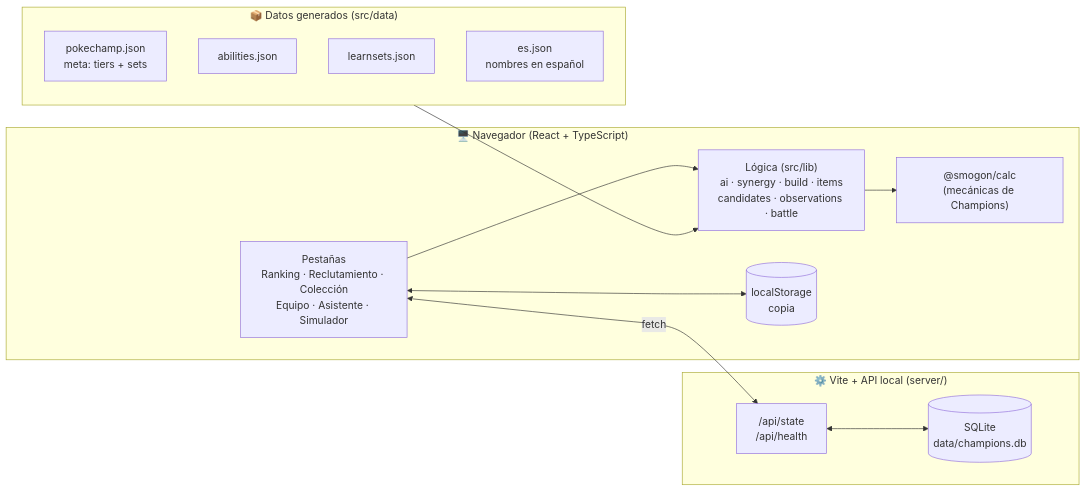
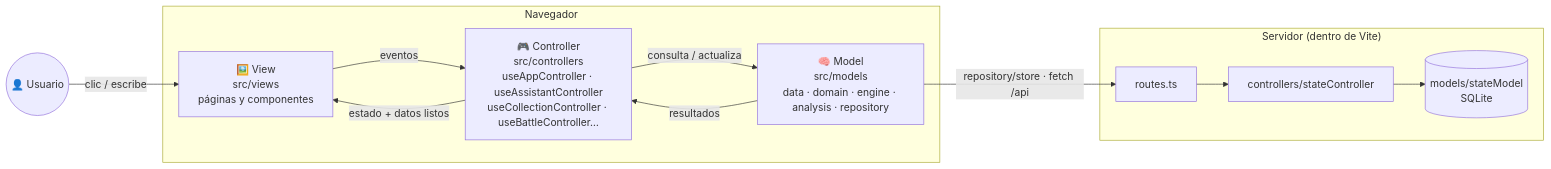
The fifth of 8 diagrams in README.md (zseuz/pokemon-champions), drawn with Mermaid before and after one commit. The commit also changed other lines of this file and 94 other files, not shown here.

````diff
--- a/README.md
+++ b/README.md
@@ -153,24 +163,17 @@
 ```mermaid
 flowchart LR
-    subgraph Navegador["🖥️ Navegador (React + TypeScript)"]
-        UI["Pestañas<br/>Ranking · Reclutamiento · Colección<br/>Equipo · Asistente · Simulador"]
-        LIB["Lógica (src/lib)<br/>ai · synergy · build · items<br/>candidates · observations · battle"]
-        CALC["@smogon/calc<br/>(mecánicas de Champions)"]
-        LS[("localStorage<br/>copia")]
-        UI --> LIB --> CALC
-        UI <--> LS
+    U(("👤 Usuario")) -->|clic / escribe| V
+    subgraph Navegador
+        V["🖼️ View<br/>src/views<br/>páginas y componentes"]
+        C["🎮 Controller<br/>src/controllers<br/>useAppController · useAssistantController<br/>useCollectionController · useBattleController…"]
+        M["🧠 Model<br/>src/models<br/>data · domain · engine · analysis · repository"]
+        V -->|eventos| C
+        C -->|estado + datos listos| V
+        C -->|consulta / actualiza| M
+        M -->|resultados| C
     end
-    subgraph Servidor["⚙️ Vite + API local (server/)"]
-        API["/api/state<br/>/api/health"]
-        DB[("SQLite<br/>data/champions.db")]
-        API <--> DB
+    subgraph Servidor["Servidor (dentro de Vite)"]
+        R["routes.ts"] --> SC["controllers/stateController"] --> SM[("models/stateModel<br/>SQLite")]
     end
-    subgraph Datos["📦 Datos generados (src/data)"]
-        PC["pokechamp.json<br/>meta: tiers + sets"]
-        AB["abilities.json"]
-        LN["learnsets.json"]
-        ES["es.json<br/>nombres en español"]
-    end
-    UI <-->|fetch| API
-    Datos --> LIB
+    M -->|repository/store · fetch /api| R
 ```
````
